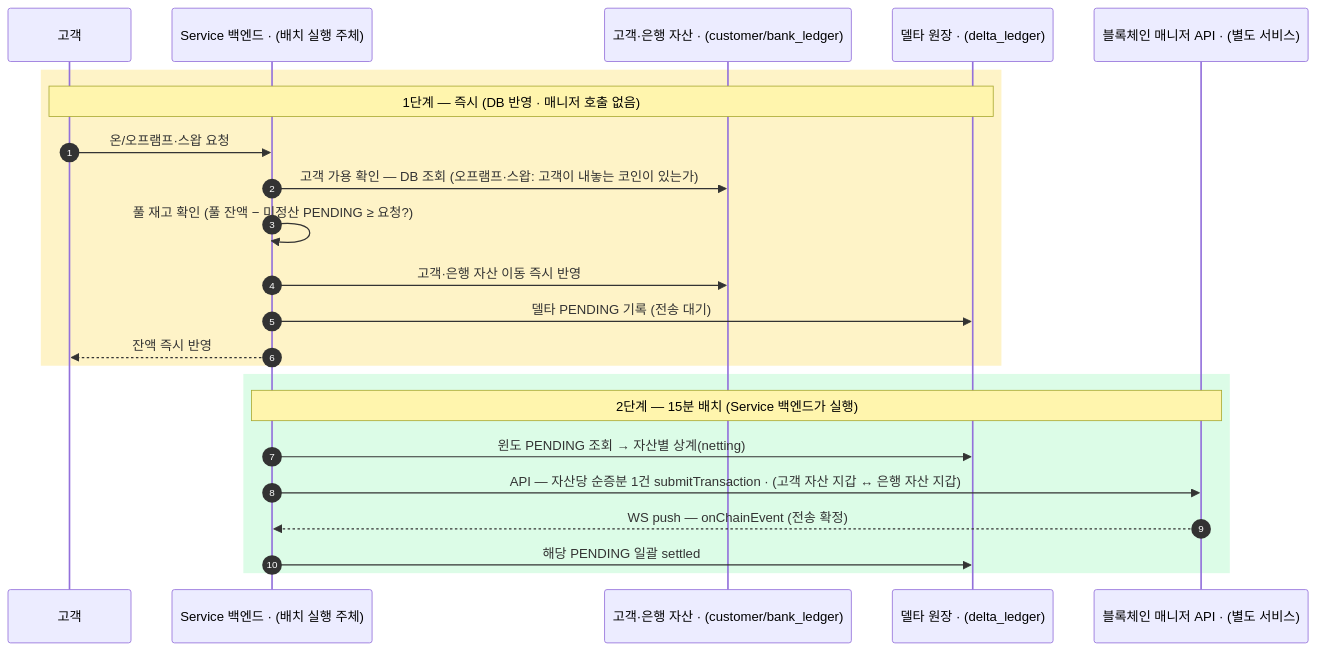
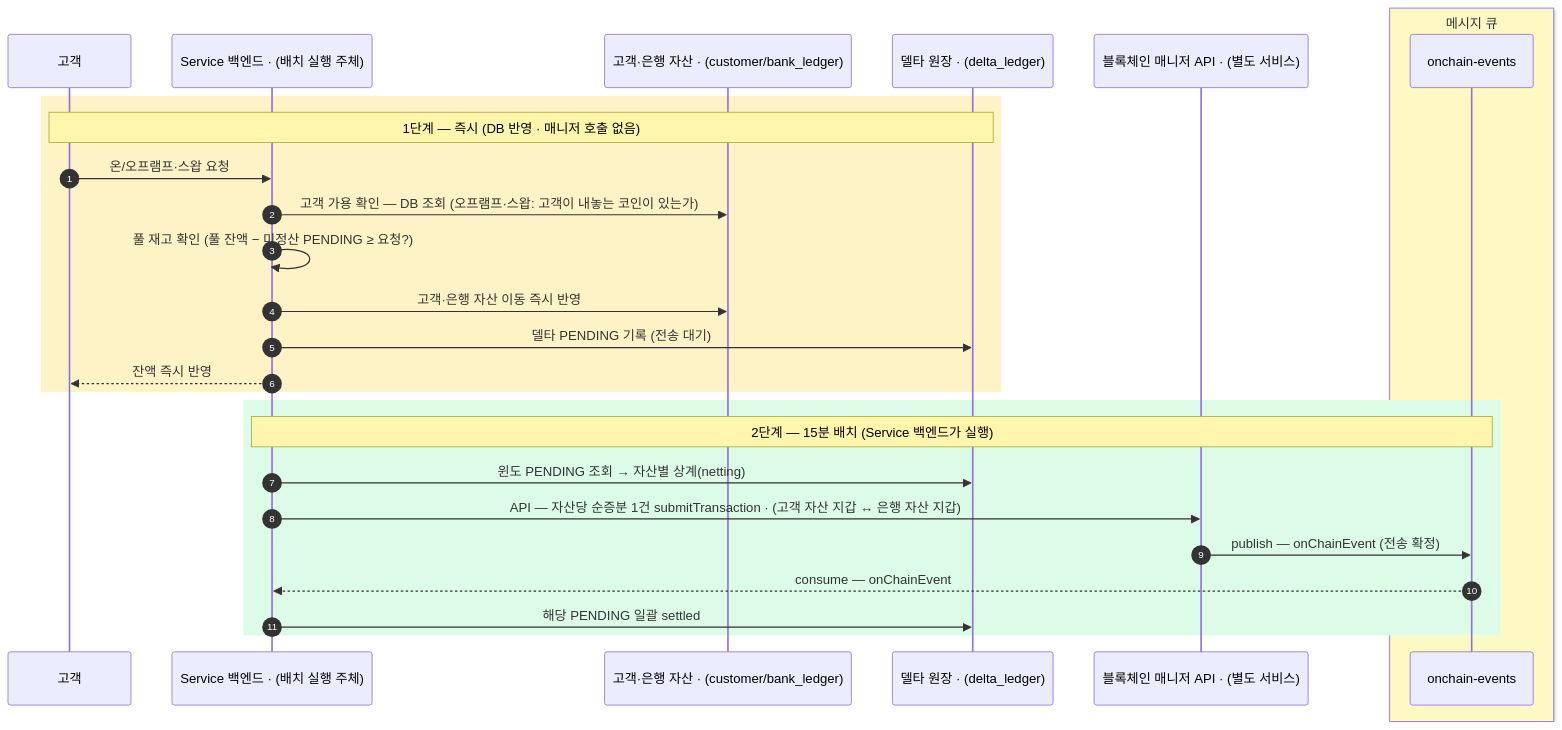
Before and after one commit to eunsujeo/eunpus: the first of 2 diagrams in blockchain-manager/docs/설계/10-ramp-swap.md, drawn with Mermaid. The commit also changed other lines of this file and 6 other files, not shown here.

````diff
--- a/blockchain-manager/docs/설계/10-ramp-swap.md
+++ b/blockchain-manager/docs/설계/10-ramp-swap.md
@@ -24,27 +24,31 @@
 ```mermaid
 sequenceDiagram
     autonumber
     participant Cust as 고객
     participant App as Service 백엔드 · (배치 실행 주체)
     participant DB as 고객·은행 자산 · (customer/bank_ledger)
     participant DL as 델타 원장 · (delta_ledger)
     participant BM as 블록체인 매니저 API · (별도 서비스)
+    box rgb(254,249,195) 메시지 큐
+    participant MQ as onchain-events
+    end
 
     rect rgb(254,243,199)
     Note over Cust,DL: 1단계 — 즉시 (DB 반영 · 매니저 호출 없음)
     Cust->>App: 온/오프램프·스왑 요청
     App->>DB: 고객 가용 확인 — DB 조회 (오프램프·스왑: 고객이 내놓는 코인이 있는가)
     App->>App: 풀 재고 확인 (풀 잔액 − 미정산 PENDING ≥ 요청?)
     App->>DB: 고객·은행 자산 이동 즉시 반영
     App->>DL: 델타 PENDING 기록 (전송 대기)
     App-->>Cust: 잔액 즉시 반영
     end
 
     rect rgb(220,252,231)
-    Note over App,BM: 2단계 — 15분 배치 (Service 백엔드가 실행)
+    Note over App,MQ: 2단계 — 15분 배치 (Service 백엔드가 실행)
     App->>DL: 윈도 PENDING 조회 → 자산별 상계(netting)
     App->>BM: API — 자산당 순증분 1건 submitTransaction · (고객 자산 지갑 ↔ 은행 자산 지갑)
-    BM-->>App: WS push — onChainEvent (전송 확정)
+    BM->>MQ: publish — onChainEvent (전송 확정)
+    MQ-->>App: consume — onChainEvent
     App->>DL: 해당 PENDING 일괄 settled
     end
 ```
````
